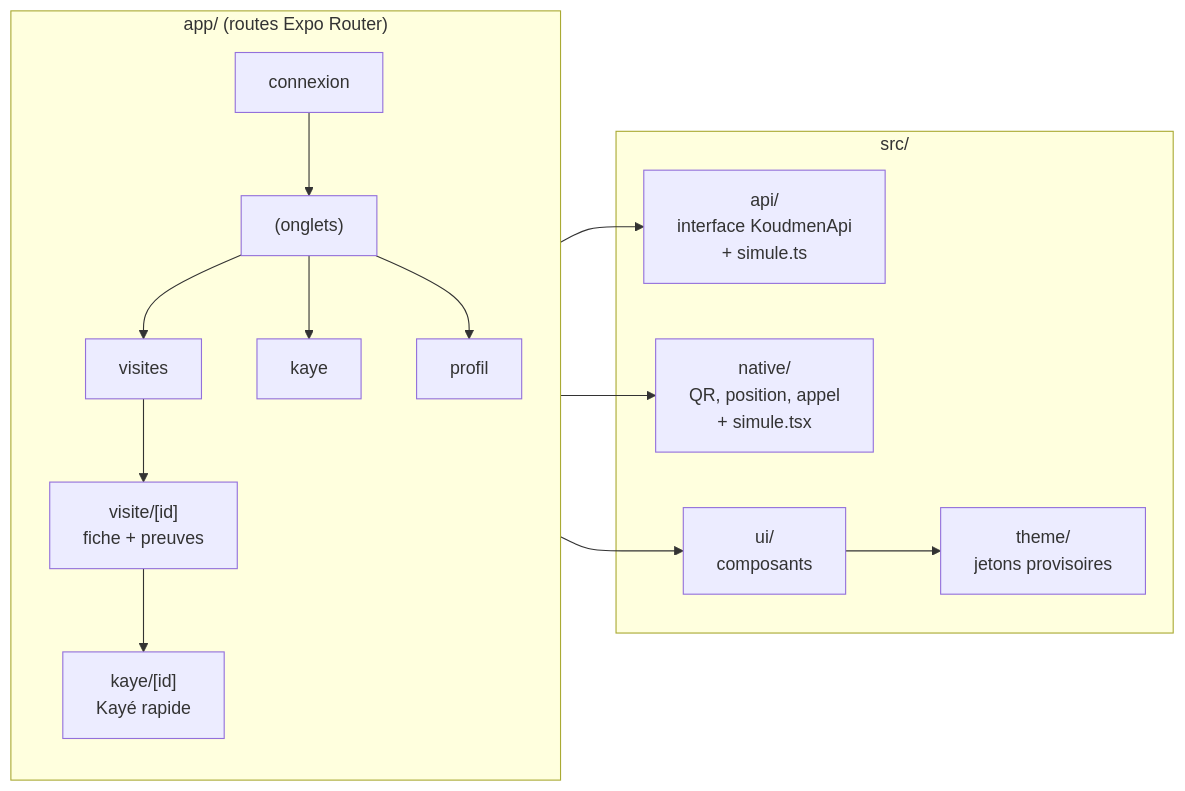
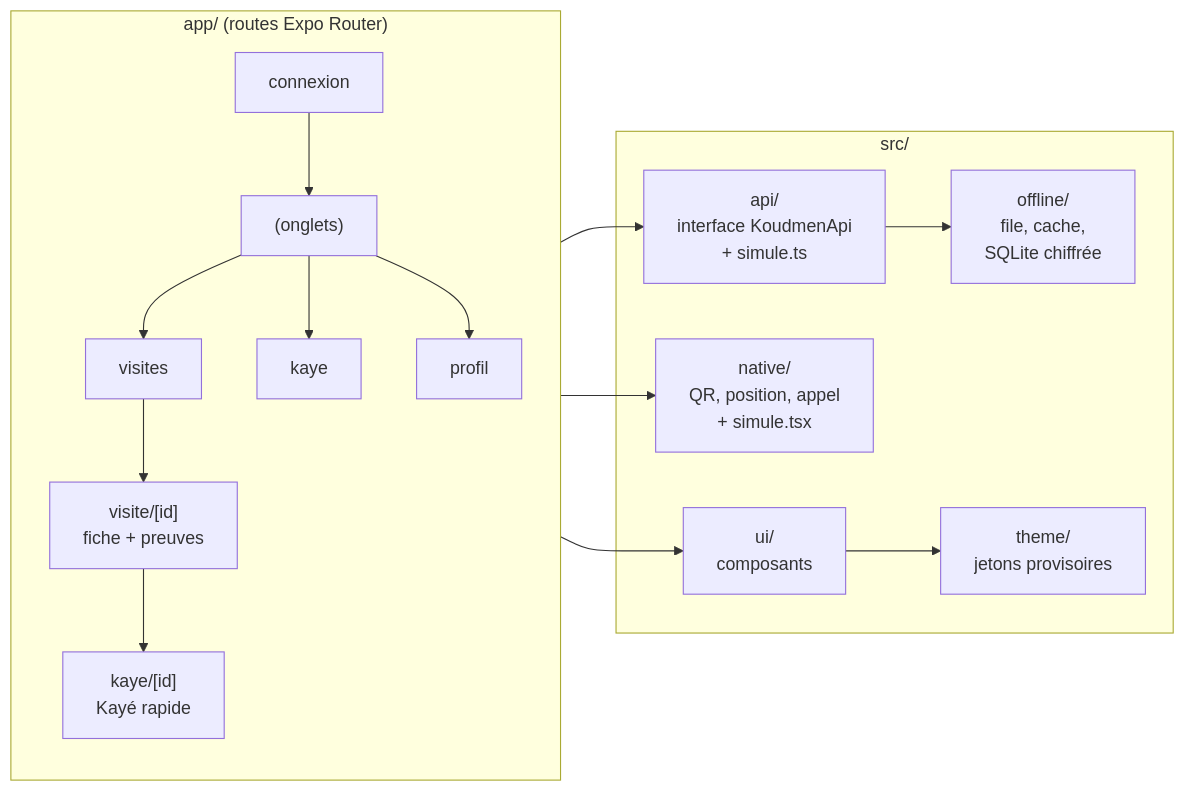
One commit to abbo-benhamid/Jarvis changed the fourth of 4 diagrams in mobile/README.md. Above: the diagram before and after it, drawn with Mermaid. The commit also changed other lines of this file, not shown here.

````diff
--- a/mobile/README.md
+++ b/mobile/README.md
@@ -133,17 +187,19 @@
 ```mermaid
 flowchart LR
   subgraph app["app/ (routes Expo Router)"]
     C[connexion] --> O["(onglets)"]
     O --> V[visites] & K[kaye] & P[profil]
     V --> F["visite/[id]<br/>fiche + preuves"]
     F --> KF["kaye/[id]<br/>Kayé rapide"]
   end
   subgraph src["src/"]
     API["api/<br/>interface KoudmenApi<br/>+ simule.ts"]
     NAT["native/<br/>QR, position, appel<br/>+ simule.tsx"]
+    OFF["offline/<br/>file, cache,<br/>SQLite chiffrée"]
     TH["theme/<br/>jetons provisoires"]
     UI["ui/<br/>composants"]
   end
   app --> API & UI & NAT
+  API --> OFF
   UI --> TH
 ```
````
